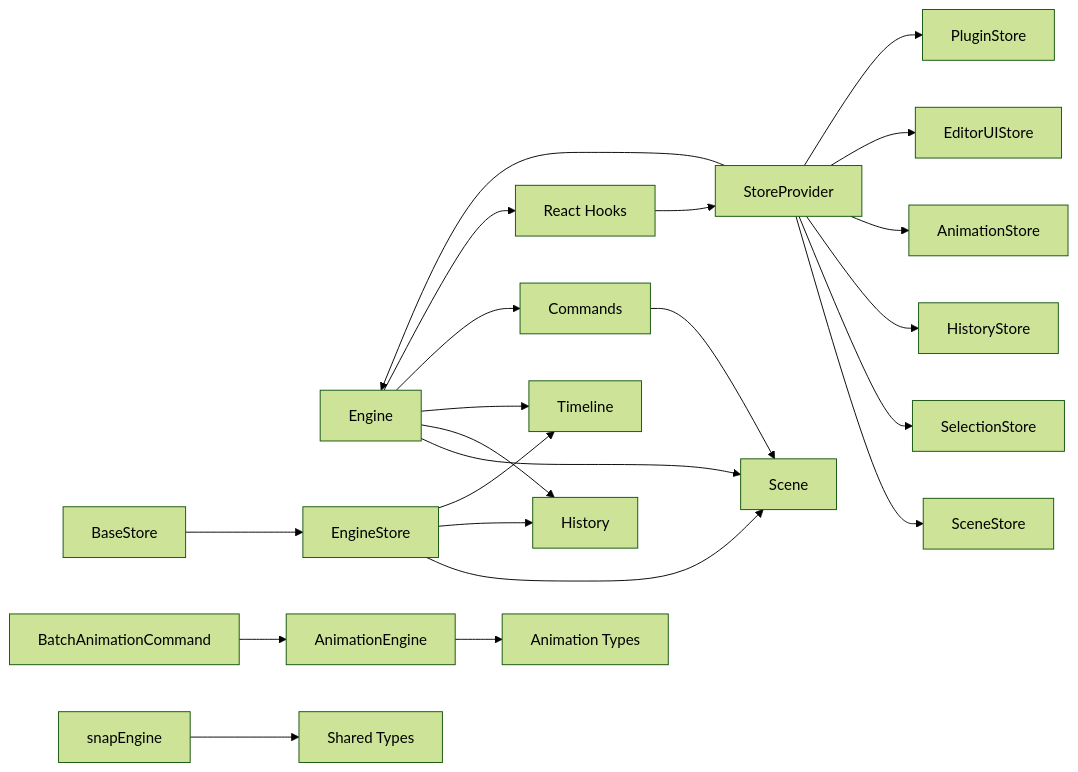
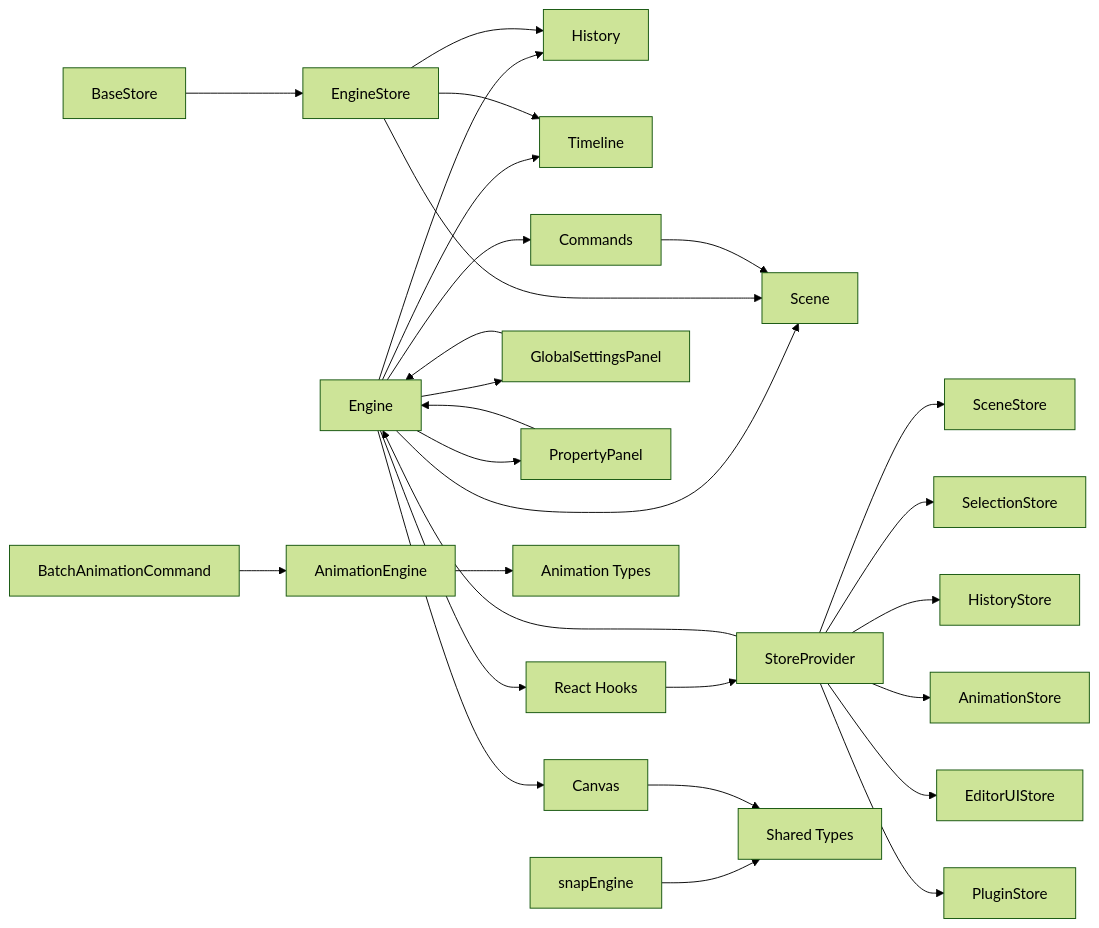
One commit to Anna0314zy/ai_editor_enginer changed the ninth of 9 diagrams in .qoder/repowiki/zh/content/引擎系统/引擎系统.md. Above: the diagram before and after it, drawn with Mermaid (forest theme). The commit also changed other lines of this file and 12 other files, not shown here.

Commit message:
Feat: 增加图形

````diff
--- a/.qoder/repowiki/zh/content/引擎系统/引擎系统.md
+++ b/.qoder/repowiki/zh/content/引擎系统/引擎系统.md
@@ -590,24 +690,30 @@
 ```mermaid
 graph LR
 Engine["Engine"] --> Scene["Scene"]
 Engine --> History["History"]
 Engine --> Timeline["Timeline"]
 StoreProvider["StoreProvider"] --> SceneStore["SceneStore"]
 StoreProvider --> SelectionStore["SelectionStore"]
 StoreProvider --> HistoryStore["HistoryStore"]
 StoreProvider --> AnimationStore["AnimationStore"]
 StoreProvider --> EditorUIStore["EditorUIStore"]
 StoreProvider --> PluginStore["PluginStore"]
 BaseStore["BaseStore"] --> EngineStore["EngineStore"]
 EngineStore --> Scene
 EngineStore --> History
 EngineStore --> Timeline
 Engine --> Commands["Commands"]
 Engine --> Hooks["React Hooks"]
+Engine --> GlobalSettings["GlobalSettingsPanel"]
+Engine --> PropertyPanel["PropertyPanel"]
+Engine --> Canvas["Canvas"]
 Commands --> Scene
 BatchCmd["BatchAnimationCommand"] --> AnimEngine["AnimationEngine"]
 AnimEngine --> AnimTypes["Animation Types"]
 Snap["snapEngine"] --> Types["Shared Types"]
+GlobalSettings --> Engine
+PropertyPanel --> Engine
+Canvas --> Types
 Hooks --> StoreProvider
 StoreProvider --> Engine
 ```
````
